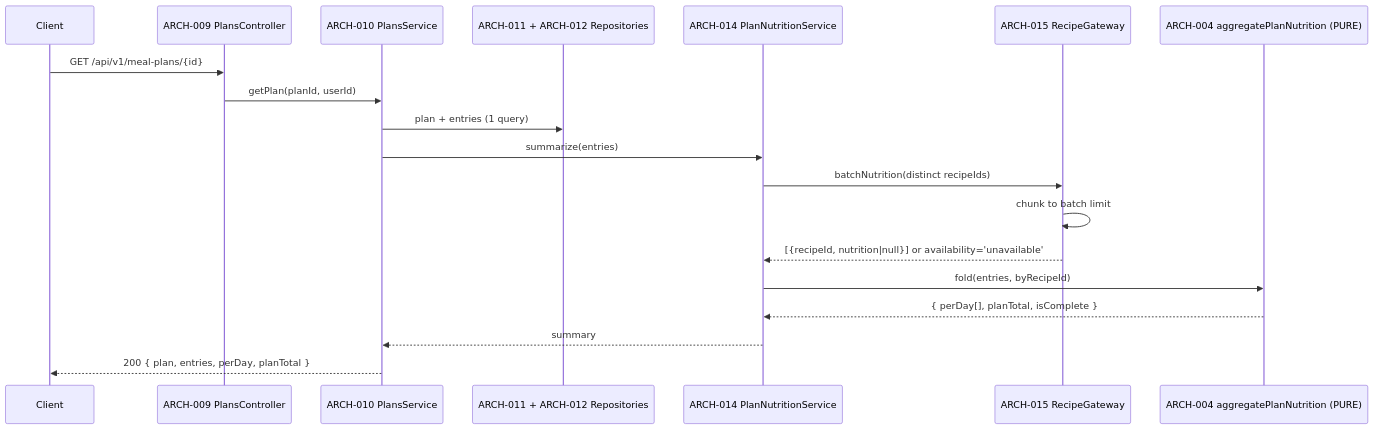
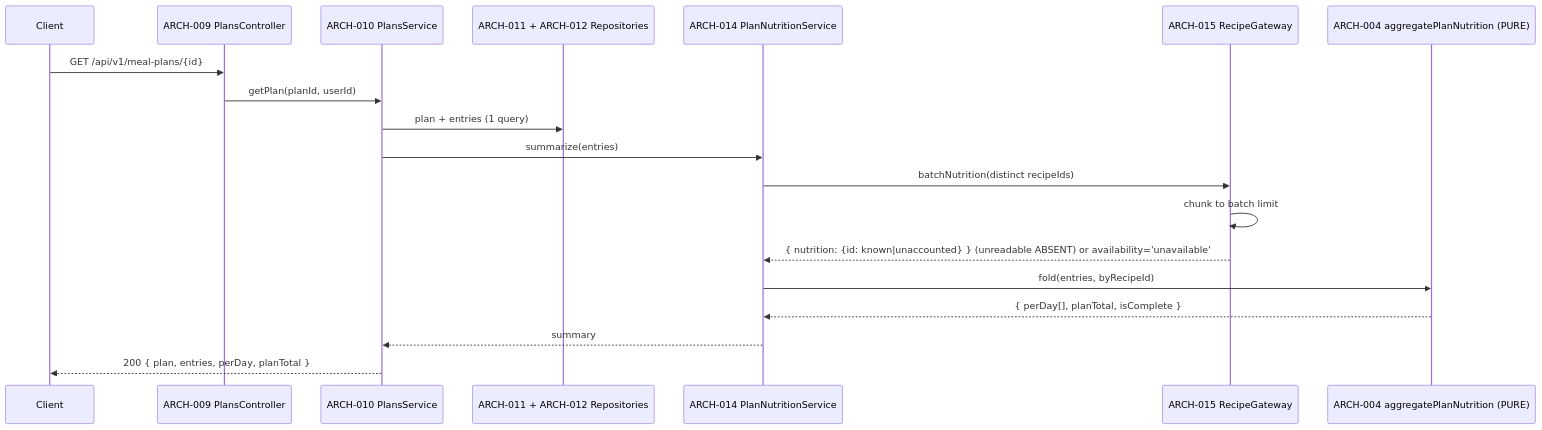
One commit to radicle-co/KitchenSink changed the second of 4 diagrams in specs/006-meal-planning/v-model/architecture-design.md. Above: the diagram before and after it, drawn with Mermaid. The commit also changed other lines of this file and 4 other files, not shown here.

````diff
--- a/specs/006-meal-planning/v-model/architecture-design.md
+++ b/specs/006-meal-planning/v-model/architecture-design.md
@@ -125,22 +125,22 @@
 ```mermaid
 sequenceDiagram
     participant C as Client
     participant CT as ARCH-009 PlansController
     participant SV as ARCH-010 PlansService
     participant RP as ARCH-011 + ARCH-012 Repositories
     participant NS as ARCH-014 PlanNutritionService
     participant GW as ARCH-015 RecipeGateway
     participant AG as ARCH-004 aggregatePlanNutrition (PURE)
 
     C->>CT: GET /api/v1/meal-plans/{id}
     CT->>SV: getPlan(planId, userId)
     SV->>RP: plan + entries (1 query)
     SV->>NS: summarize(entries)
     NS->>GW: batchNutrition(distinct recipeIds)
     GW->>GW: chunk to batch limit
-    GW-->>NS: [{recipeId, nutrition|null}] or availability='unavailable'
+    GW-->>NS: { nutrition: {id: known|unaccounted} } (unreadable ABSENT) or availability='unavailable'
     NS->>AG: fold(entries, byRecipeId)
     AG-->>NS: { perDay[], planTotal, isComplete }
     NS-->>SV: summary
     SV-->>C: 200 { plan, entries, perDay, planTotal }
 ```
````
